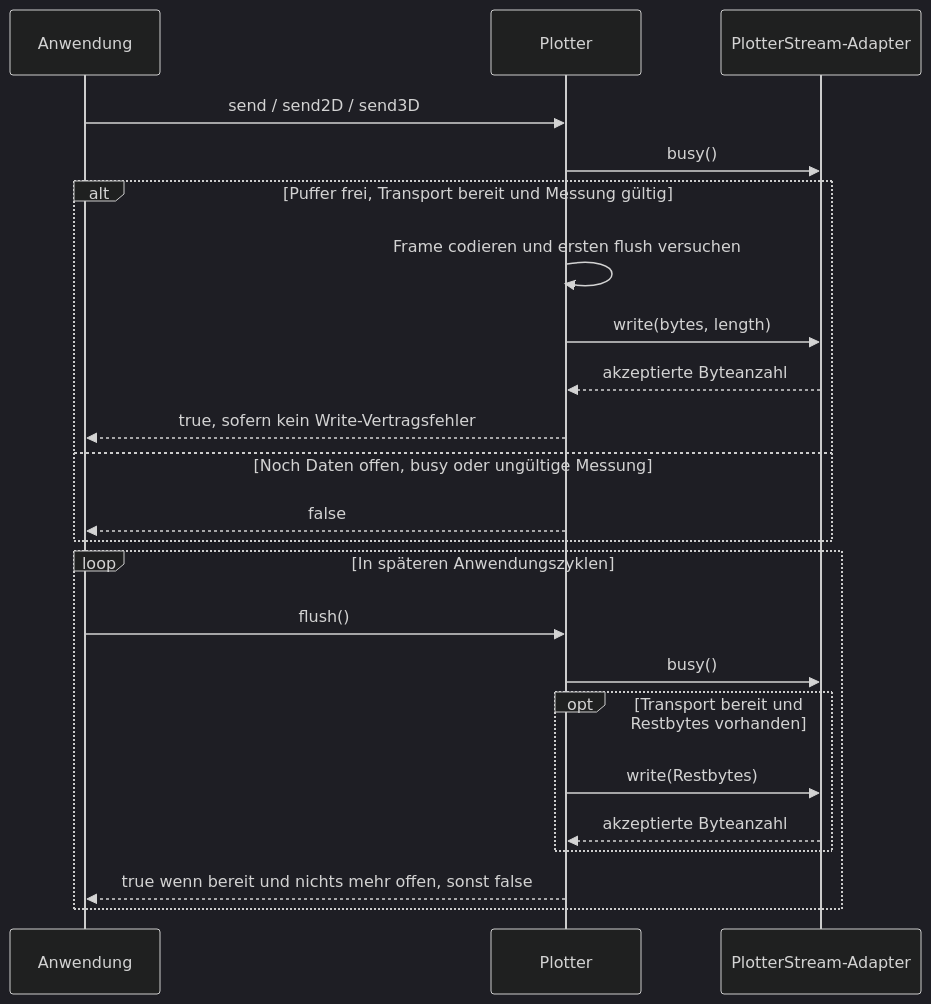
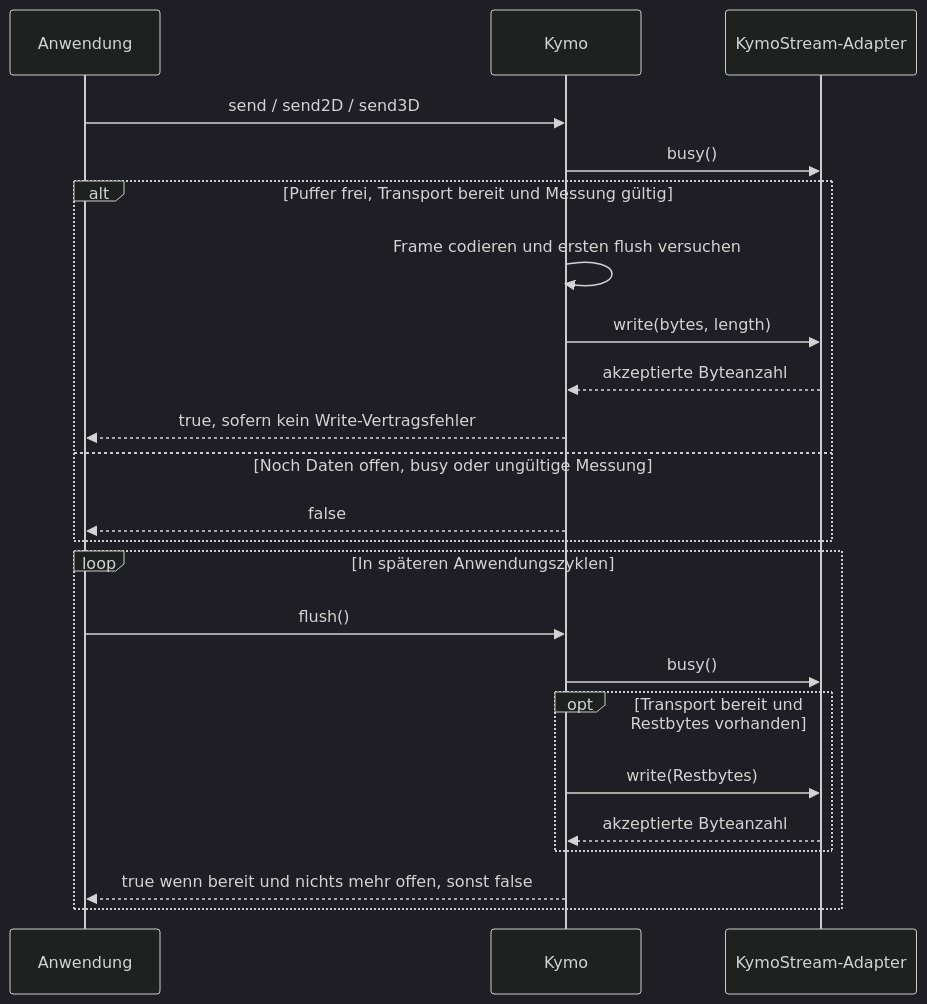
Before and after one commit to CodeName-666/kymoprobe: the fifth of 5 diagrams in README.md, drawn with Mermaid (dark theme). The commit also changed other lines of this file and 110 other files, not shown here.

````diff
--- a/README.md
+++ b/README.md
@@ -295,25 +295,25 @@
 ```mermaid
 sequenceDiagram
     participant A as Anwendung
-    participant P as Plotter
-    participant S as PlotterStream-Adapter
+    participant P as Kymo
+    participant S as KymoStream-Adapter
     A->>P: send / send2D / send3D
     P->>S: busy()
     alt Puffer frei, Transport bereit und Messung gültig
         P->>P: Frame codieren und ersten flush versuchen
         P->>S: write(bytes, length)
         S-->>P: akzeptierte Byteanzahl
         P-->>A: true, sofern kein Write-Vertragsfehler
     else Noch Daten offen, busy oder ungültige Messung
         P-->>A: false
     end
     loop In späteren Anwendungszyklen
         A->>P: flush()
         P->>S: busy()
         opt Transport bereit und Restbytes vorhanden
             P->>S: write(Restbytes)
             S-->>P: akzeptierte Byteanzahl
         end
         P-->>A: true wenn bereit und nichts mehr offen, sonst false
     end
 ```
````
